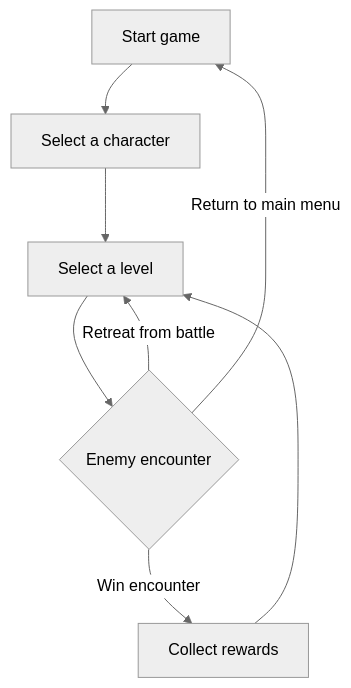
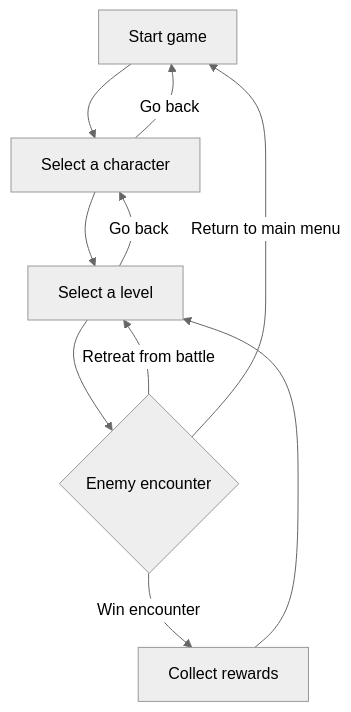
Before and after one commit to EmilNilsson12/slay-the-spire-clone: the diagram in README.md, drawn with Mermaid (neutral theme).

````diff
--- a/README.md
+++ b/README.md
@@ -3,9 +3,11 @@
 ```mermaid
   graph TD;
       A[Start game]-->B[Select a character];
+      B--Go back-->A
       B-->C[Select a level];
+      C--Go back-->B
       C-->D{Enemy encounter};
       D--Win encounter-->X[Collect rewards]-->C
       D--Retreat from battle-->C
-      D--Return to main menu-->A
+      D--Return to main menu-->A 
 ```
````
